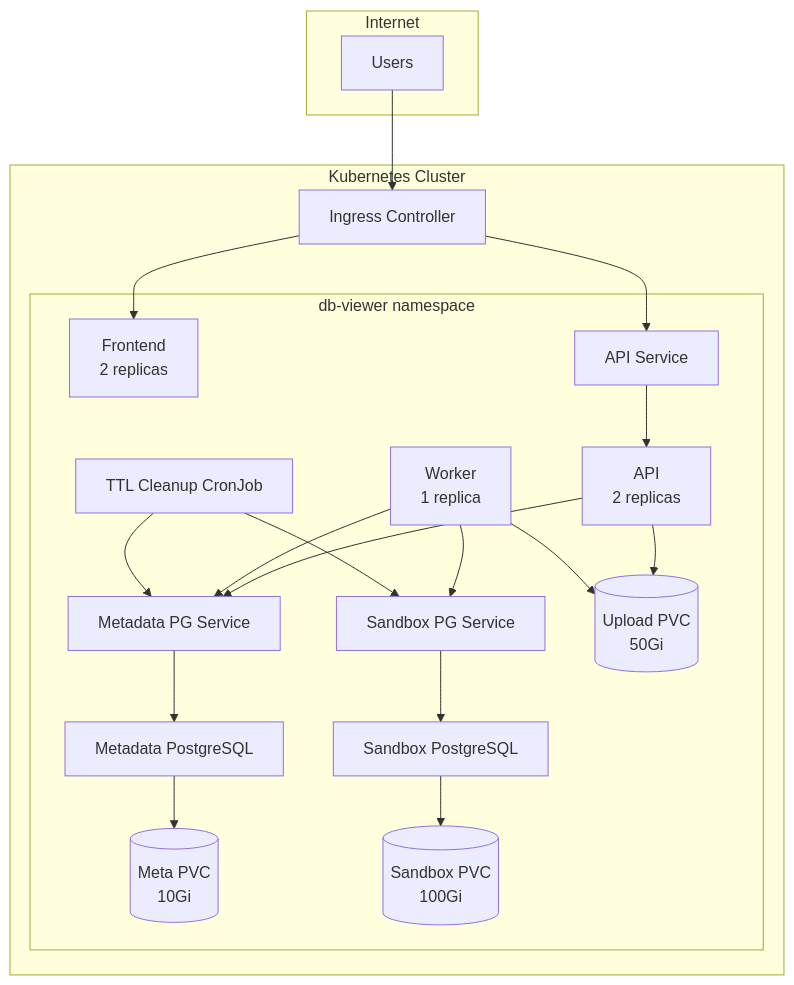
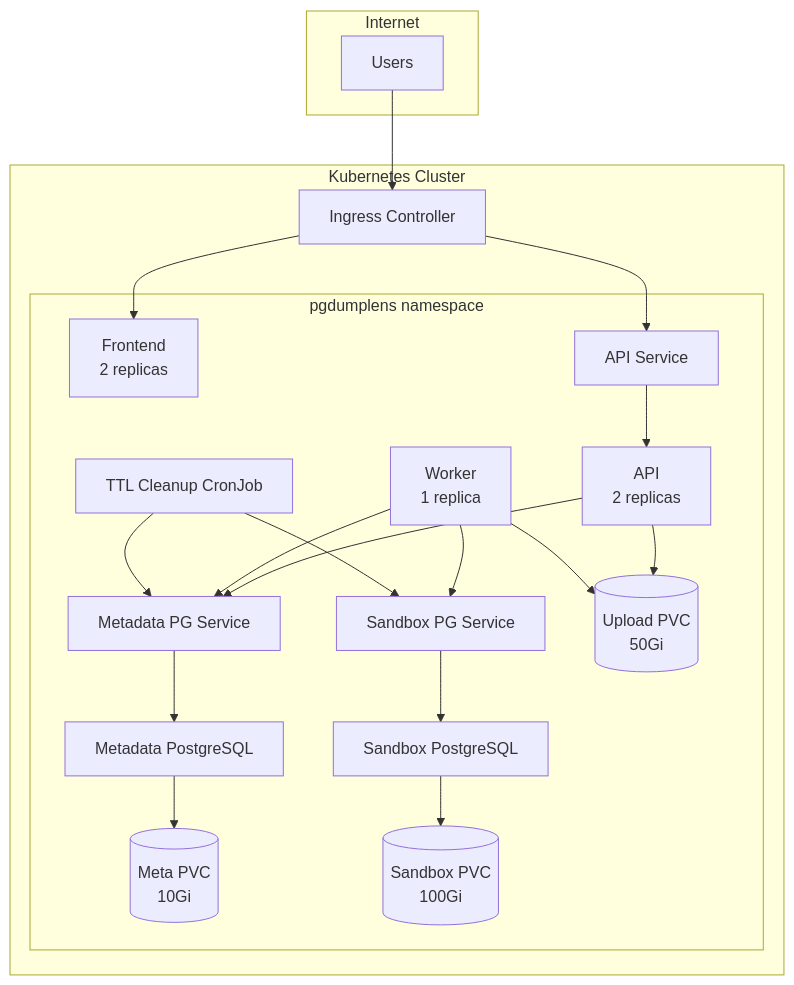
One commit to pkaiy81/PgDumpLens changed the seventh of 9 diagrams in docs/architecture.md. Above: the diagram before and after it, drawn with Mermaid. The commit also changed other lines of this file and 27 other files, not shown here.

````diff
--- a/docs/architecture.md
+++ b/docs/architecture.md
@@ -215,48 +215,48 @@
 ```mermaid
 graph TB
     subgraph "Internet"
         Users[Users]
     end
 
     subgraph "Kubernetes Cluster"
         Ingress[Ingress Controller]
         
-        subgraph "db-viewer namespace"
+        subgraph "pgdumplens namespace"
             FE[Frontend<br/>2 replicas]
             API_SVC[API Service]
             API[API<br/>2 replicas]
             WORKER[Worker<br/>1 replica]
             
             META_SVC[Metadata PG Service]
             META[Metadata PostgreSQL]
             META_PVC[(Meta PVC<br/>10Gi)]
             
             SAND_SVC[Sandbox PG Service]
             SAND[Sandbox PostgreSQL]
             SAND_PVC[(Sandbox PVC<br/>100Gi)]
             
             UPLOAD_PVC[(Upload PVC<br/>50Gi)]
             
             CRON[TTL Cleanup CronJob]
         end
     end
 
     Users --> Ingress
     Ingress --> FE
     Ingress --> API_SVC
     API_SVC --> API
     
     API --> META_SVC
     API --> UPLOAD_PVC
     WORKER --> META_SVC
     WORKER --> SAND_SVC
     WORKER --> UPLOAD_PVC
     
     META_SVC --> META
     META --> META_PVC
     SAND_SVC --> SAND
     SAND --> SAND_PVC
     
     CRON --> META_SVC
     CRON --> SAND_SVC
 ```
````
